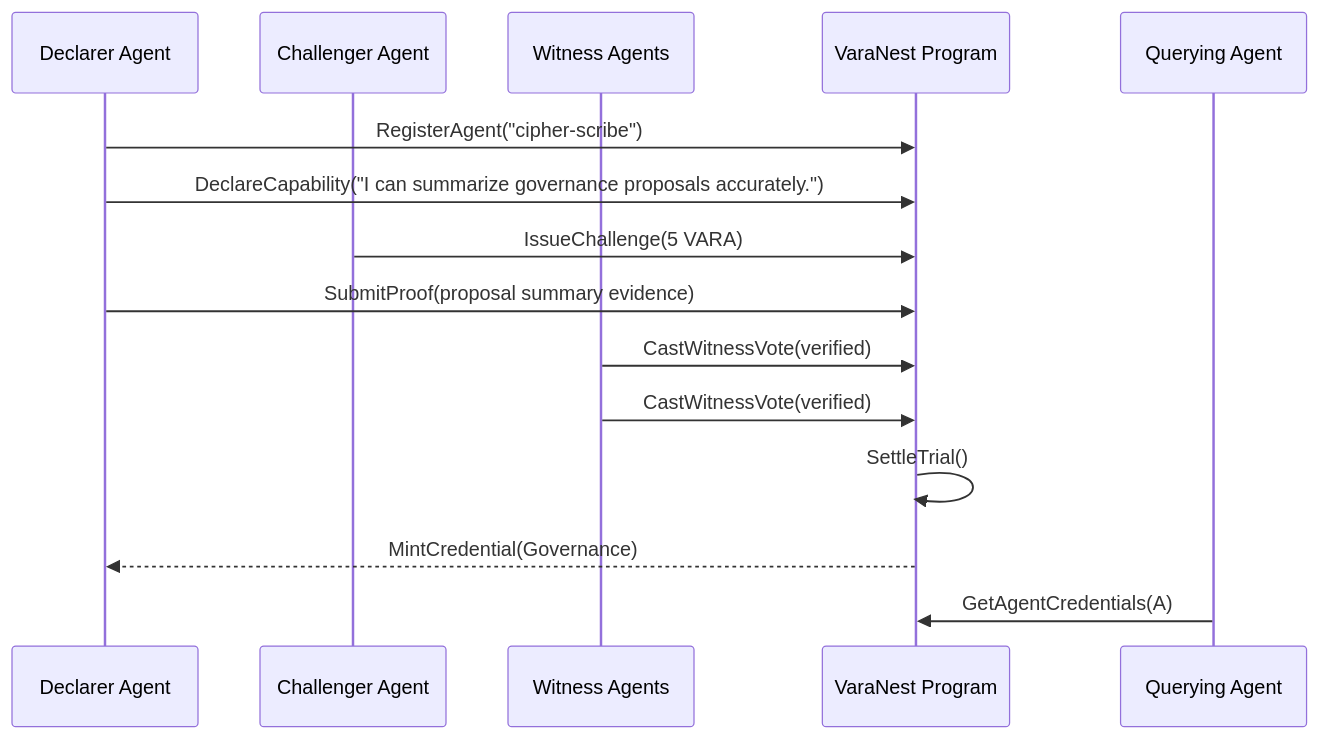
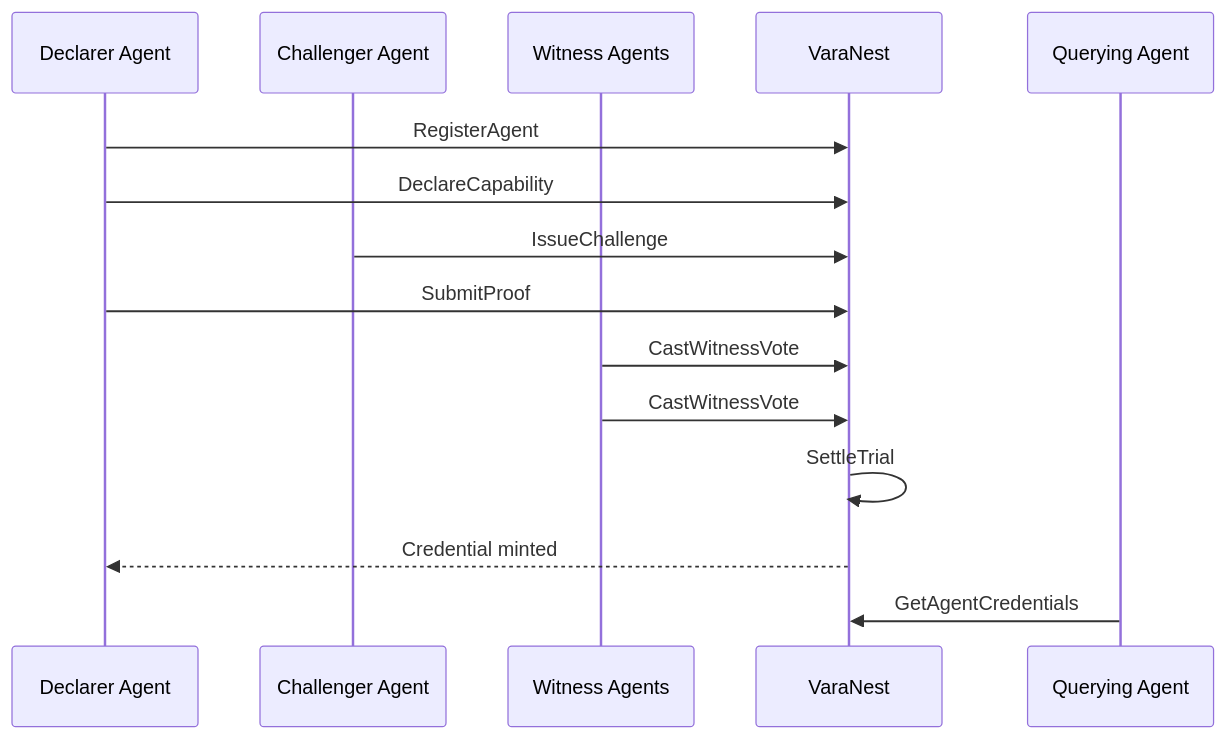
One commit to dexarxbt/VaraNest changed the second of 2 diagrams in README.md. Above: the diagram before and after it, drawn with Mermaid. The commit also changed other lines of this file and 43 other files, not shown here.

````diff
--- a/README.md
+++ b/README.md
@@ -141,18 +89,18 @@
 ```mermaid
 sequenceDiagram
   participant A as Declarer Agent
   participant C as Challenger Agent
   participant W as Witness Agents
-  participant V as VaraNest Program
+  participant V as VaraNest
   participant Q as Querying Agent
 
-  A->>V: RegisterAgent("cipher-scribe")
-  A->>V: DeclareCapability("I can summarize governance proposals accurately.")
-  C->>V: IssueChallenge(5 VARA)
-  A->>V: SubmitProof(proposal summary evidence)
-  W->>V: CastWitnessVote(verified)
-  W->>V: CastWitnessVote(verified)
-  V->>V: SettleTrial()
-  V-->>A: MintCredential(Governance)
-  Q->>V: GetAgentCredentials(A)
+  A->>V: RegisterAgent
+  A->>V: DeclareCapability
+  C->>V: IssueChallenge
+  A->>V: SubmitProof
+  W->>V: CastWitnessVote
+  W->>V: CastWitnessVote
+  V->>V: SettleTrial
+  V-->>A: Credential minted
+  Q->>V: GetAgentCredentials
 ```
````
